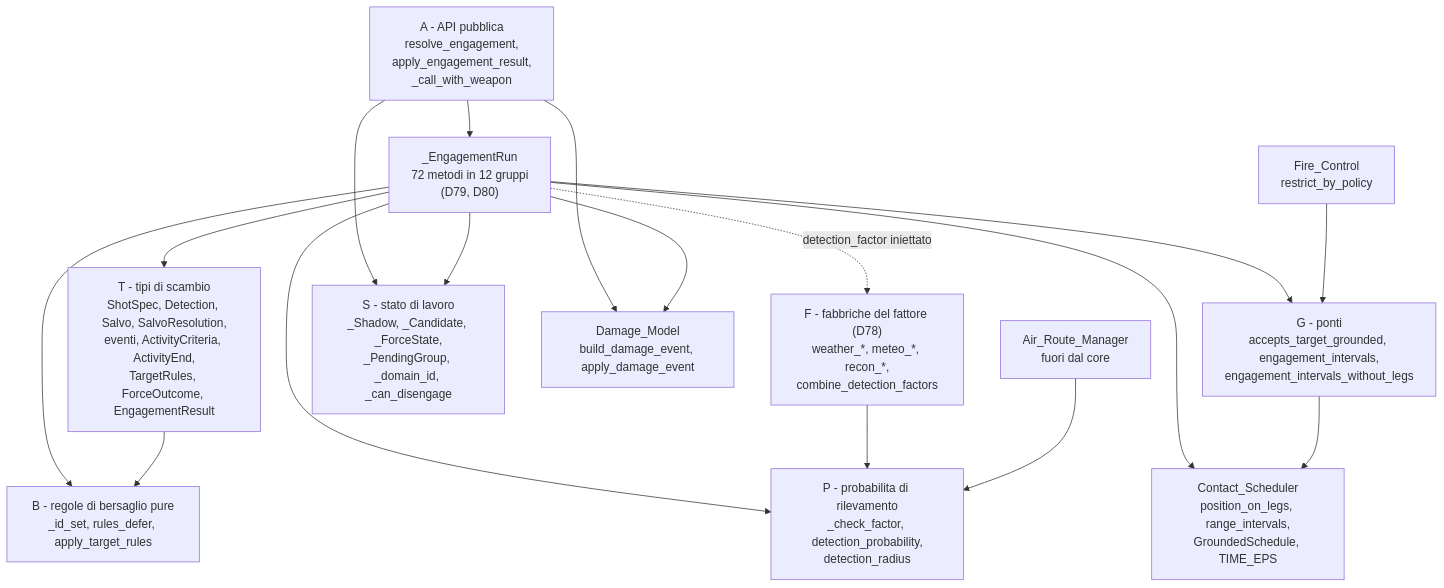
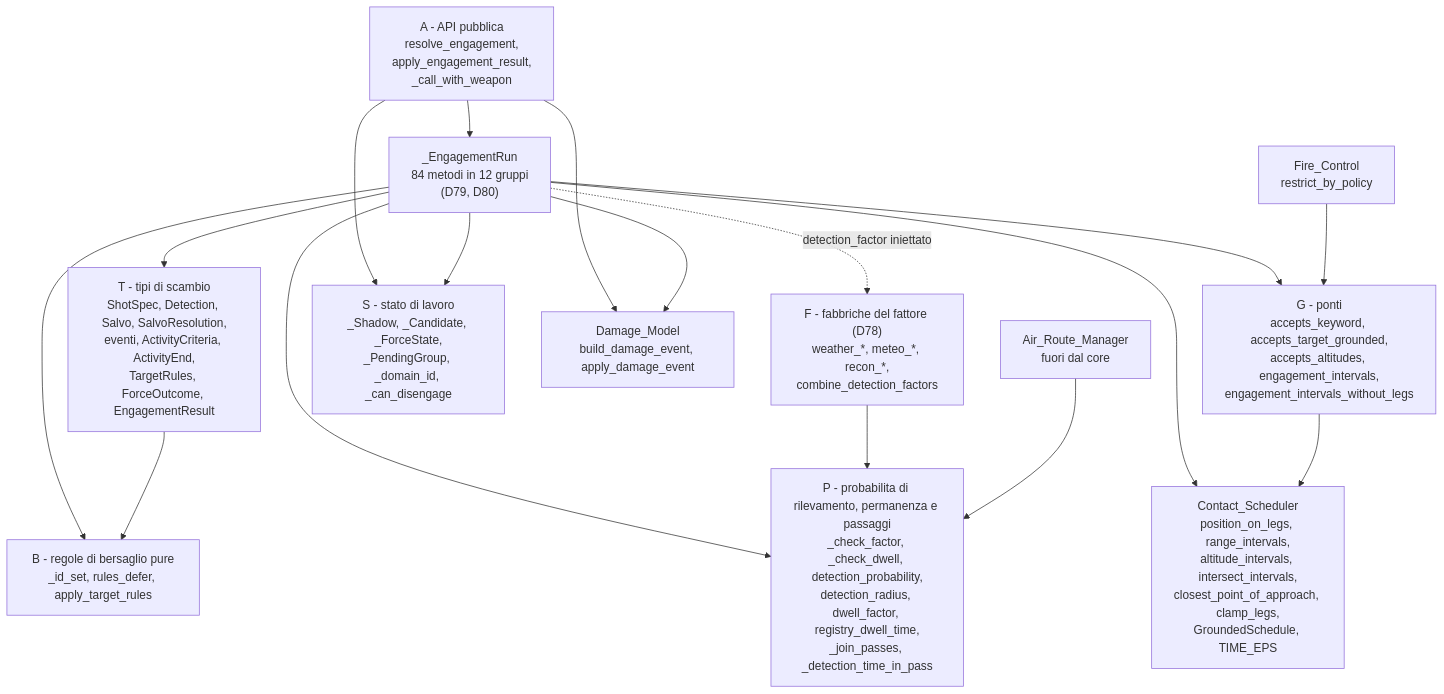
One commit to MakusIV/Warfare-Model changed diagram 11 of 22 in Analysis/Document/Manuale_Motore_DES/11a_Atlante_Risolutore.md. Above: the diagram before and after it, drawn with Mermaid. The commit also changed other lines of this file and 11 other files, not shown here.

````diff
--- a/Analysis/Document/Manuale_Motore_DES/11a_Atlante_Risolutore.md
+++ b/Analysis/Document/Manuale_Motore_DES/11a_Atlante_Risolutore.md
@@ -751,32 +769,32 @@
 ```mermaid
 flowchart TD
     A["A - API pubblica<br/>resolve_engagement,<br/>apply_engagement_result,<br/>_call_with_weapon"]
-    RUN["_EngagementRun<br/>72 metodi in 12 gruppi<br/>(D79, D80)"]
+    RUN["_EngagementRun<br/>84 metodi in 12 gruppi<br/>(D79, D80)"]
     T["T - tipi di scambio<br/>ShotSpec, Detection, Salvo, SalvoResolution,<br/>eventi, ActivityCriteria, ActivityEnd,<br/>TargetRules, ForceOutcome, EngagementResult"]
     B["B - regole di bersaglio pure<br/>_id_set, rules_defer, apply_target_rules"]
-    P["P - probabilita di rilevamento<br/>_check_factor, detection_probability,<br/>detection_radius"]
+    P["P - probabilita di rilevamento, permanenza e passaggi<br/>_check_factor, _check_dwell, detection_probability,<br/>detection_radius, dwell_factor, registry_dwell_time,<br/>_join_passes, _detection_time_in_pass"]
     F["F - fabbriche del fattore (D78)<br/>weather_*, meteo_*, recon_*,<br/>combine_detection_factors"]
-    G["G - ponti<br/>accepts_target_grounded, engagement_intervals,<br/>engagement_intervals_without_legs"]
+    G["G - ponti<br/>accepts_keyword, accepts_target_grounded,<br/>accepts_altitudes, engagement_intervals,<br/>engagement_intervals_without_legs"]
     S["S - stato di lavoro<br/>_Shadow, _Candidate, _ForceState,<br/>_PendingGroup, _domain_id, _can_disengage"]
-    CS["Contact_Scheduler<br/>position_on_legs, range_intervals,<br/>GroundedSchedule, TIME_EPS"]
+    CS["Contact_Scheduler<br/>position_on_legs, range_intervals,<br/>altitude_intervals, intersect_intervals,<br/>closest_point_of_approach, clamp_legs,<br/>GroundedSchedule, TIME_EPS"]
     DM["Damage_Model<br/>build_damage_event, apply_damage_event"]
     FCM["Fire_Control<br/>restrict_by_policy"]
     ARP["Air_Route_Manager<br/>fuori dal core"]
 
     A --> RUN
     A --> S
     A --> DM
     RUN --> T
     RUN --> B
     RUN --> P
     RUN --> G
     RUN --> S
     RUN --> CS
     RUN --> DM
     RUN -.->|detection_factor iniettato| F
     T --> B
     F --> P
     G --> CS
     FCM --> G
     ARP --> P
 ```
````
